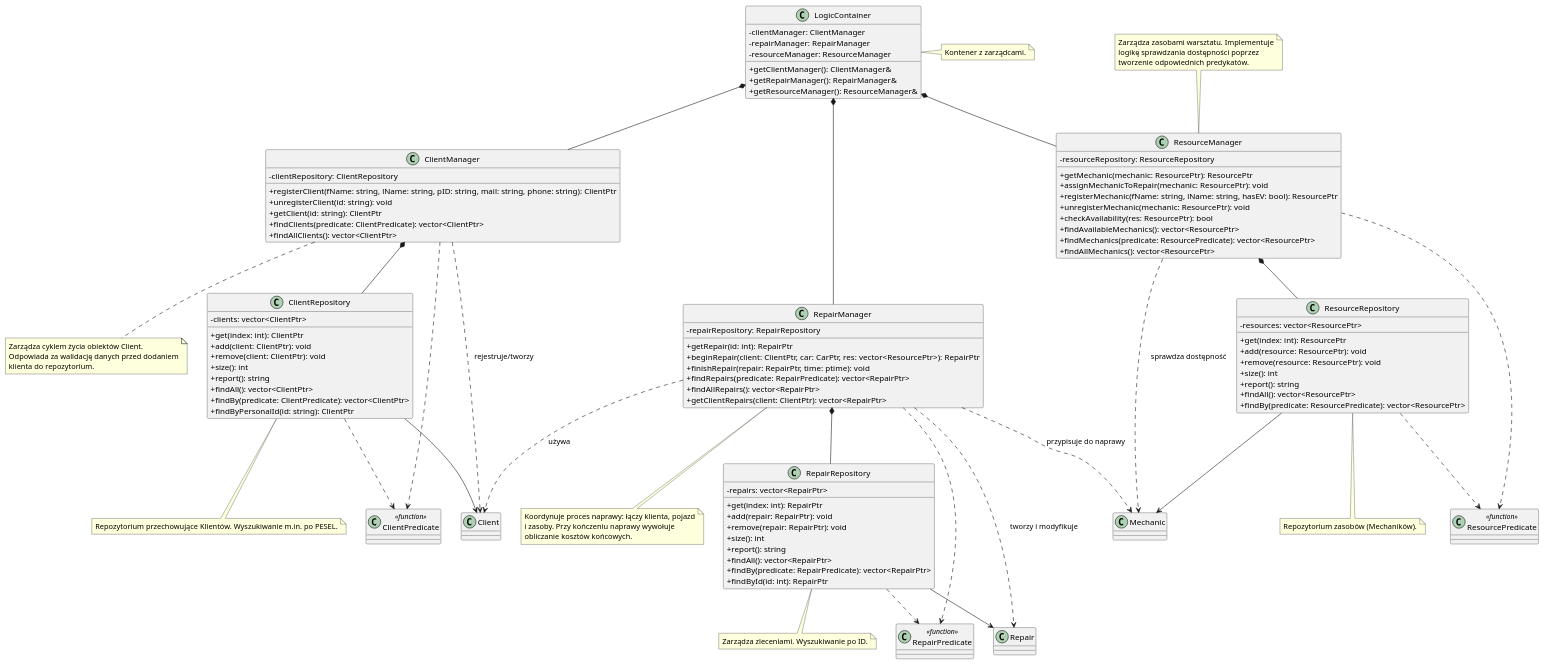
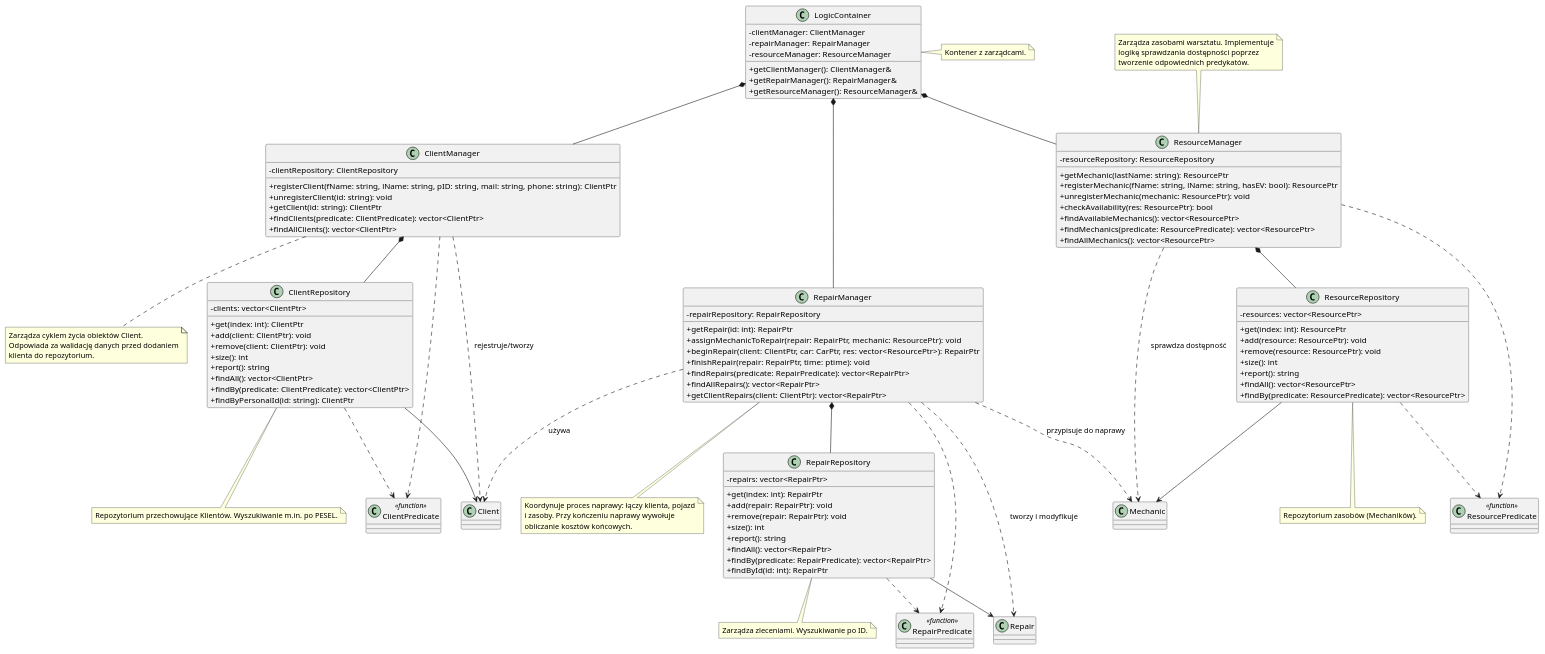
The diagram in uml/management.puml (cyps0nik/pobi26), drawn with PlantUML before and after one commit.

Commit message:
UML -> wersja do oddania

```diff
--- a/uml/management.puml
+++ b/uml/management.puml
@@ -1,133 +1,133 @@
 @startuml
 'https://plantuml.com/class-diagram
 skinparam classAttributeIconSize 0
 
 class LogicContainer {
 -clientManager: ClientManager
 -repairManager: RepairManager
 -resourceManager: ResourceManager
 +getClientManager(): ClientManager&
 +getRepairManager(): RepairManager&
 +getResourceManager(): ResourceManager&
 }
 note right of LogicContainer
   Kontener z zarządcami.
 end note
 
 class ClientManager {
 -clientRepository: ClientRepository
 +registerClient(fName: string, lName: string, pID: string, mail: string, phone: string): ClientPtr
 +unregisterClient(id: string): void
 +getClient(id: string): ClientPtr
 +findClients(predicate: ClientPredicate): vector<ClientPtr>
 +findAllClients(): vector<ClientPtr>
 }
 note bottom of ClientManager
   Zarządza cyklem życia obiektów Client.
   Odpowiada za walidację danych przed dodaniem
   klienta do repozytorium.
 end note
 
 class RepairManager {
 -repairRepository: RepairRepository
 +getRepair(id: int): RepairPtr
++assignMechanicToRepair(repair: RepairPtr, mechanic: ResourcePtr): void
 +beginRepair(client: ClientPtr, car: CarPtr, res: vector<ResourcePtr>): RepairPtr
 +finishRepair(repair: RepairPtr, time: ptime): void
 +findRepairs(predicate: RepairPredicate): vector<RepairPtr>
 +findAllRepairs(): vector<RepairPtr>
 +getClientRepairs(client: ClientPtr): vector<RepairPtr>
 }
 note bottom of RepairManager
   Koordynuje proces naprawy: łączy klienta, pojazd
   i zasoby. Przy kończeniu naprawy wywołuje
   obliczanie kosztów końcowych.
 end note
 
 class ResourceManager {
 -resourceRepository: ResourceRepository
-+getMechanic(mechanic: ResourcePtr): ResourcePtr
-+assignMechanicToRepair(mechanic: ResourcePtr): void
++getMechanic(lastName: string): ResourcePtr
 +registerMechanic(fName: string, lName: string, hasEV: bool): ResourcePtr
 +unregisterMechanic(mechanic: ResourcePtr): void
 +checkAvailability(res: ResourcePtr): bool
 +findAvailableMechanics(): vector<ResourcePtr>
 +findMechanics(predicate: ResourcePredicate): vector<ResourcePtr>
 +findAllMechanics(): vector<ResourcePtr>
 }
 note top of ResourceManager
   Zarządza zasobami warsztatu. Implementuje
   logikę sprawdzania dostępności poprzez
   tworzenie odpowiednich predykatów.
 end note
 
 class ClientRepository {
 -clients: vector<ClientPtr>
 +get(index: int): ClientPtr
 +add(client: ClientPtr): void
 +remove(client: ClientPtr): void
 +size(): int
 +report(): string
 +findAll(): vector<ClientPtr>
 +findBy(predicate: ClientPredicate): vector<ClientPtr>
 +findByPersonalId(id: string): ClientPtr
 }
 note bottom of ClientRepository: Repozytorium przechowujące Klientów. Wyszukiwanie m.in. po PESEL.
 
 class RepairRepository {
 -repairs: vector<RepairPtr>
 +get(index: int): RepairPtr
 +add(repair: RepairPtr): void
 +remove(repair: RepairPtr): void
 +size(): int
 +report(): string
 +findAll(): vector<RepairPtr>
 +findBy(predicate: RepairPredicate): vector<RepairPtr>
 +findById(id: int): RepairPtr
 }
 note bottom of RepairRepository: Zarządza zleceniami. Wyszukiwanie po ID.
 
 class ResourceRepository {
 -resources: vector<ResourcePtr>
 +get(index: int): ResourcePtr
 +add(resource: ResourcePtr): void
 +remove(resource: ResourcePtr): void
 +size(): int
 +report(): string
 +findAll(): vector<ResourcePtr>
 +findBy(predicate: ResourcePredicate): vector<ResourcePtr>
 }
 note bottom of ResourceRepository: Repozytorium zasobów (Mechaników).
 
 class ClientPredicate <<function>>
 class RepairPredicate <<function>>
 class ResourcePredicate <<function>>
 
 
 ' <--- RELACJE --->
 
 LogicContainer *-- ClientManager
 LogicContainer *-- RepairManager
 LogicContainer *-- ResourceManager
 
 ClientManager *-- ClientRepository
 RepairManager *-- RepairRepository
 ResourceManager *-- ResourceRepository
 
 ClientManager ..> ClientPredicate
 RepairManager ..> RepairPredicate
 ResourceManager ..> ResourcePredicate
 ClientRepository ..> ClientPredicate
 RepairRepository ..> RepairPredicate
 ResourceRepository ..> ResourcePredicate
 
 ClientRepository --> Client
 RepairRepository --> Repair
 ResourceRepository --> Mechanic
 
 RepairManager ..> Client : używa
 RepairManager ..> Repair : tworzy i modyfikuje
 RepairManager ..> Mechanic : przypisuje do naprawy
 ClientManager ..> Client : rejestruje/tworzy
 ResourceManager ..> Mechanic : sprawdza dostępność
 
 @enduml
```
